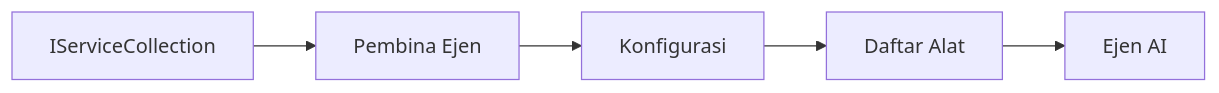
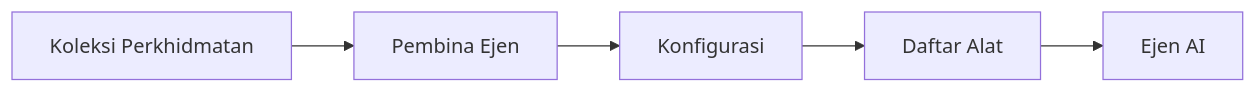
One commit to venturemavenwill/azureaifundamentals changed the diagram in translations/ms/03-agentic-design-patterns/code_samples/03-dotnet-agent-framework.md. Above: the diagram before and after it, drawn with Mermaid. The commit also changed other lines of this file and 2002 other files, not shown here.

````diff
--- a/translations/ms/03-agentic-design-patterns/code_samples/03-dotnet-agent-framework.md
+++ b/translations/ms/03-agentic-design-patterns/code_samples/03-dotnet-agent-framework.md
@@ -41,7 +41,7 @@
 ```mermaid
 graph LR
-    A[IServiceCollection] --> B[Pembina Ejen]
+    A[Koleksi Perkhidmatan] --> B[Pembina Ejen]
     B --> C[Konfigurasi]
     C --> D[Daftar Alat]
     D --> E[Ejen AI]
 ```
````
